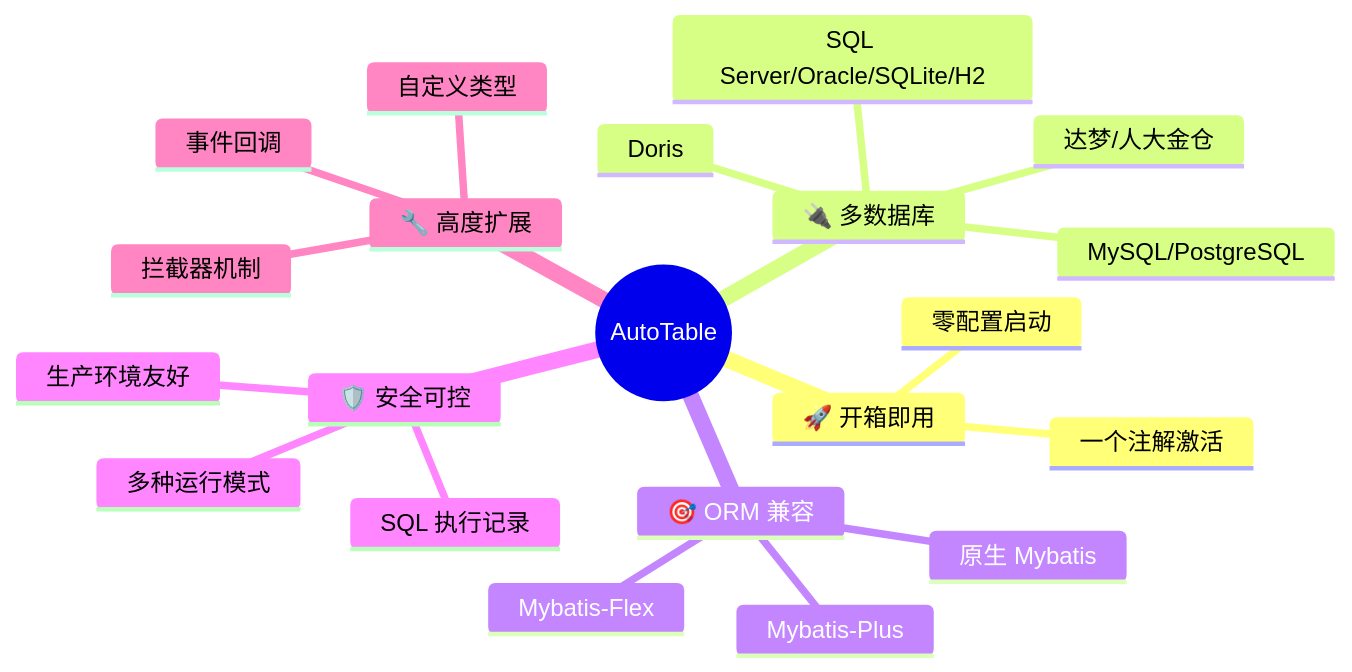
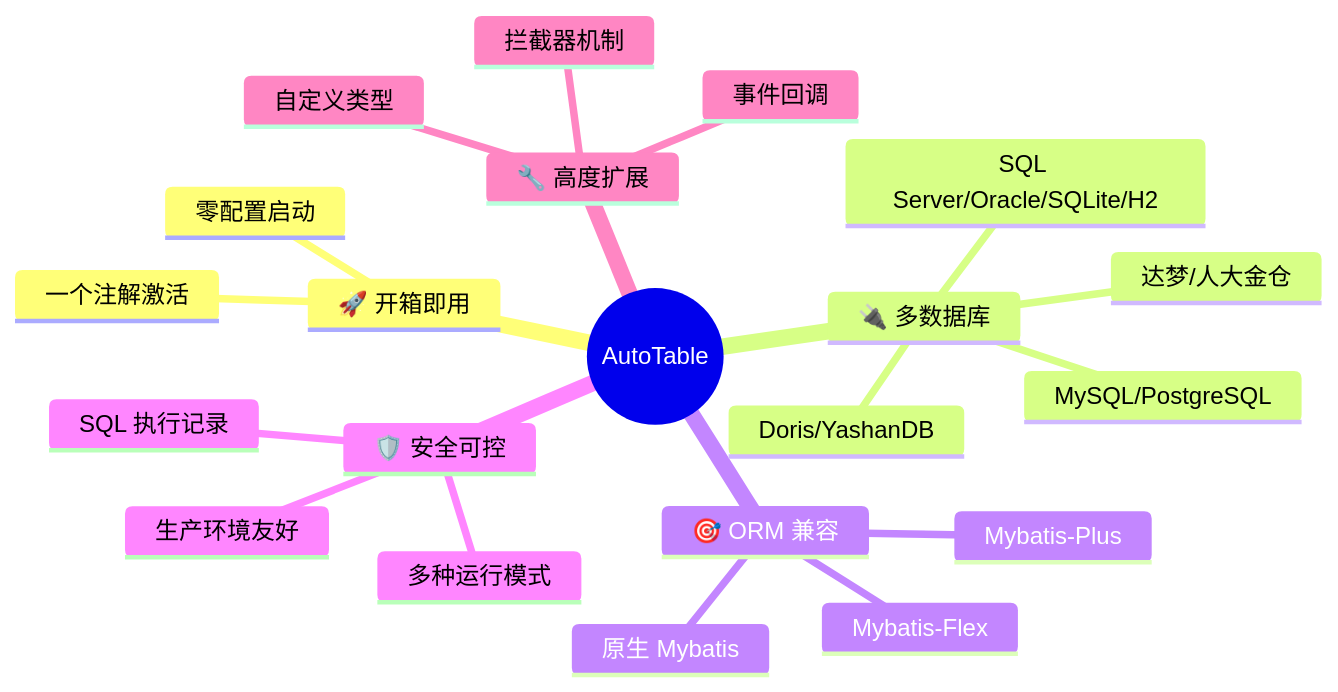
One commit to dromara/auto-table changed the third of 6 diagrams in auto-table-doc/docs/快速开始/简介.md. Above: the diagram before and after it, drawn with Mermaid. The commit also changed other lines of this file and 5 other files, not shown here.

````diff
--- a/auto-table-doc/docs/快速开始/简介.md
+++ b/auto-table-doc/docs/快速开始/简介.md
@@ -77,24 +77,24 @@
 ```mermaid
 mindmap
   root((AutoTable))
     🚀 开箱即用
       一个注解激活
       零配置启动
     🔌 多数据库
       MySQL/PostgreSQL
       SQL Server/Oracle/SQLite/H2
       达梦/人大金仓
-      Doris
+      Doris/YashanDB
     🎯 ORM 兼容
       Mybatis-Plus
       Mybatis-Flex
       原生 Mybatis
     🛡️ 安全可控
       多种运行模式
       SQL 执行记录
       生产环境友好
     🔧 高度扩展
       拦截器机制
       事件回调
       自定义类型
 ```
````
